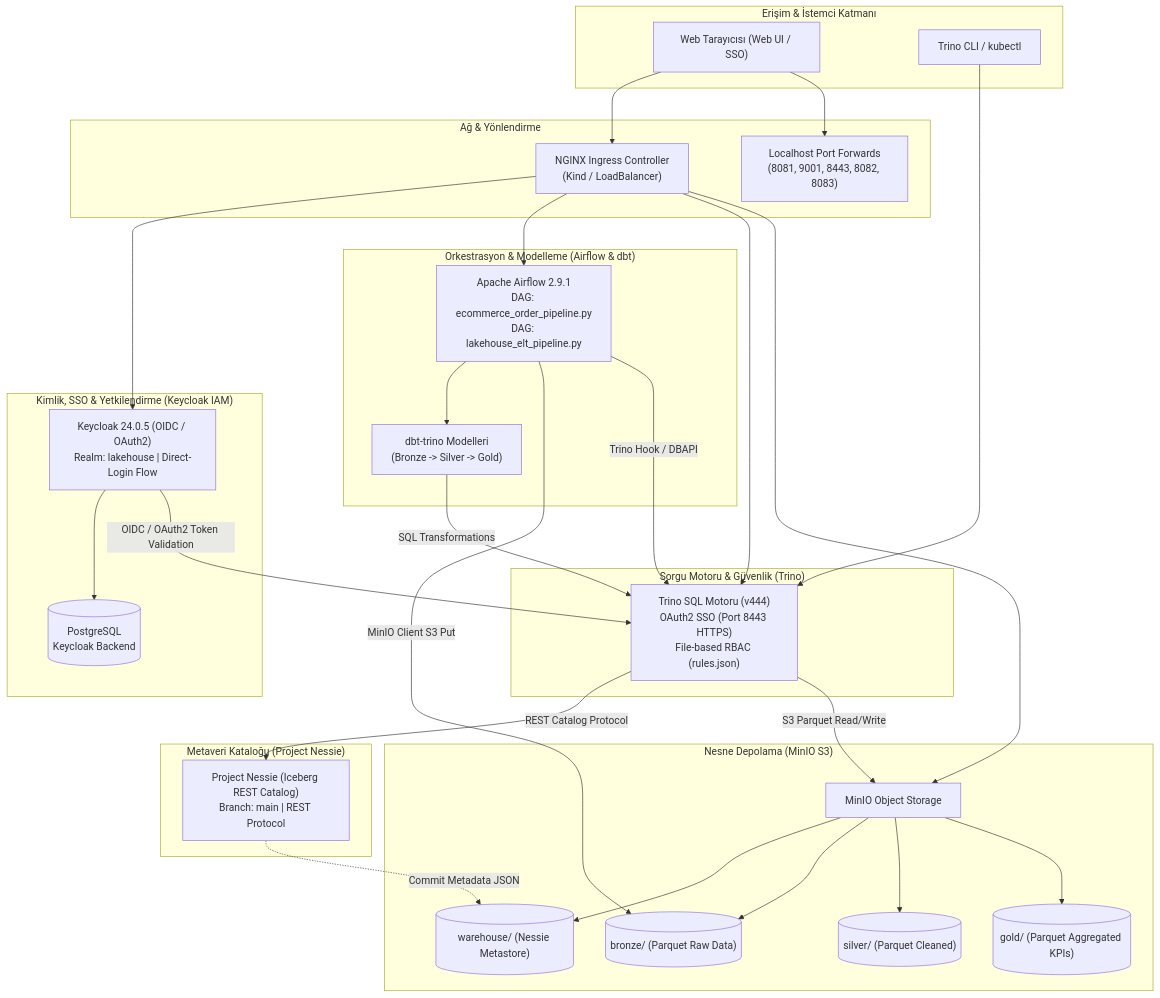
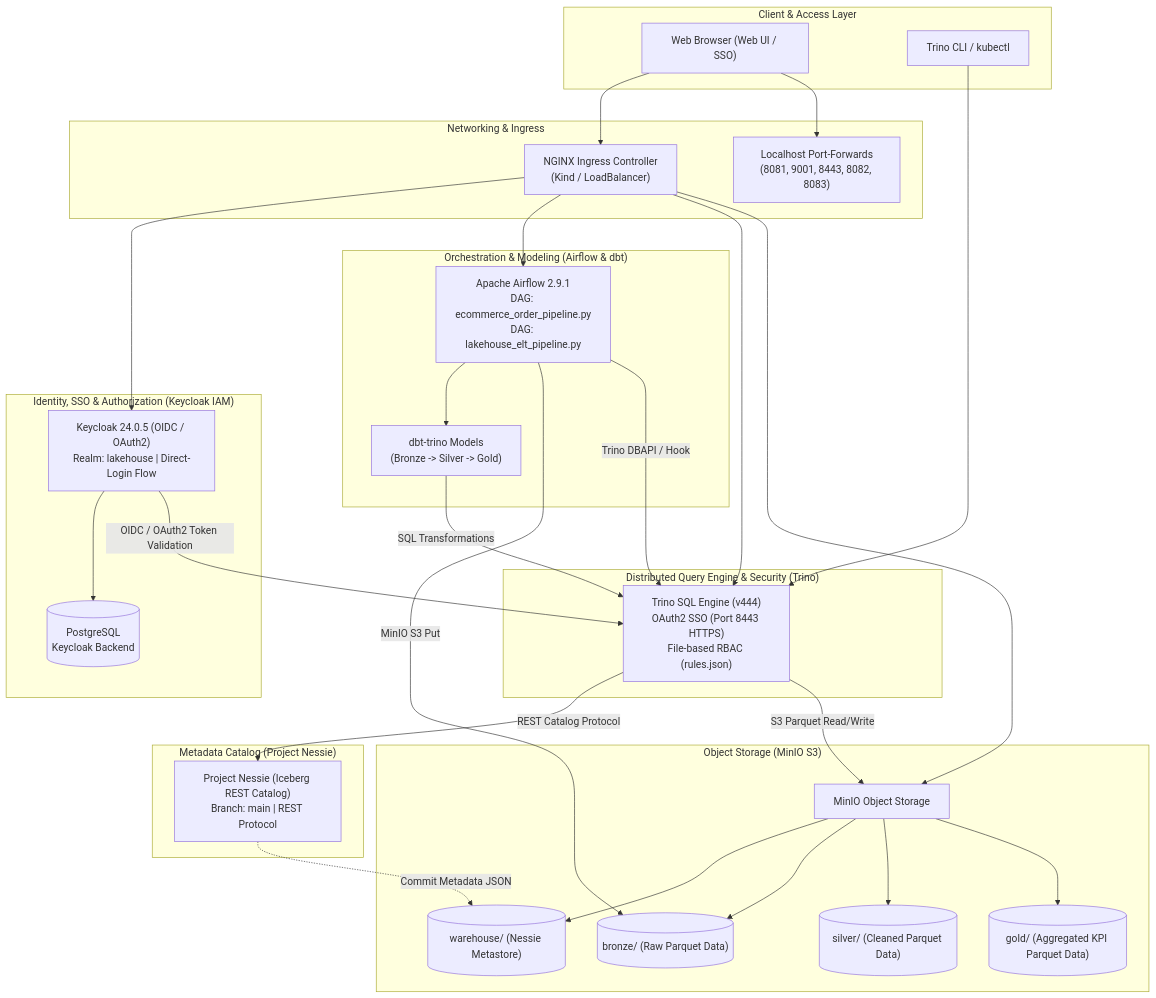
One commit to tuncayyaylali/lakehouse changed the diagram in README.md. Above: the diagram before and after it, drawn with Mermaid. The commit also changed other lines of this file and 3 other files, not shown here.

````diff
--- a/README.md
+++ b/README.md
@@ -9,62 +9,62 @@
 ```mermaid
 flowchart TD
-    subgraph ClientLayer ["Erişim & İstemci Katmanı"]
-        Browser["Web Tarayıcısı (Web UI / SSO)"]
+    subgraph ClientLayer ["Client & Access Layer"]
+        Browser["Web Browser (Web UI / SSO)"]
         CLI["Trino CLI / kubectl"]
     end
 
-    subgraph Security ["Kimlik, SSO & Yetkilendirme (Keycloak IAM)"]
+    subgraph Security ["Identity, SSO & Authorization (Keycloak IAM)"]
         Keycloak["Keycloak 24.0.5 (OIDC / OAuth2)\nRealm: lakehouse | Direct-Login Flow"]
         PGKeycloak[("PostgreSQL\nKeycloak Backend")]
         Keycloak --> PGKeycloak
     end
 
-    subgraph IngressLayer ["Ağ & Yönlendirme"]
+    subgraph IngressLayer ["Networking & Ingress"]
         IngressNginx["NGINX Ingress Controller\n(Kind / LoadBalancer)"]
-        PortForward["Localhost Port Forwards\n(8081, 9001, 8443, 8082, 8083)"]
+        PortForward["Localhost Port-Forwards\n(8081, 9001, 8443, 8082, 8083)"]
     end
 
-    subgraph Orchestration ["Orkestrasyon & Modelleme (Airflow & dbt)"]
+    subgraph Orchestration ["Orchestration & Modeling (Airflow & dbt)"]
         Airflow["Apache Airflow 2.9.1\nDAG: ecommerce_order_pipeline.py\nDAG: lakehouse_elt_pipeline.py"]
-        DBT["dbt-trino Modelleri\n(Bronze -> Silver -> Gold)"]
+        DBT["dbt-trino Models\n(Bronze -> Silver -> Gold)"]
         Airflow --> DBT
     end
 
-    subgraph Engine ["Sorgu Motoru & Güvenlik (Trino)"]
-        Trino["Trino SQL Motoru (v444)\nOAuth2 SSO (Port 8443 HTTPS)\nFile-based RBAC (rules.json)"]
+    subgraph Engine ["Distributed Query Engine & Security (Trino)"]
+        Trino["Trino SQL Engine (v444)\nOAuth2 SSO (Port 8443 HTTPS)\nFile-based RBAC (rules.json)"]
     end
 
-    subgraph Catalog ["Metaveri Kataloğu (Project Nessie)"]
+    subgraph Catalog ["Metadata Catalog (Project Nessie)"]
         Nessie["Project Nessie (Iceberg REST Catalog)\nBranch: main | REST Protocol"]
     end
 
-    subgraph Storage ["Nesne Depolama (MinIO S3)"]
+    subgraph Storage ["Object Storage (MinIO S3)"]
         MinIO["MinIO Object Storage"]
         WarehouseBucket[("warehouse/ (Nessie Metastore)")]
-        BronzeBucket[("bronze/ (Parquet Raw Data)")]
-        SilverBucket[("silver/ (Parquet Cleaned)")]
-        GoldBucket[("gold/ (Parquet Aggregated KPIs)")]
+        BronzeBucket[("bronze/ (Raw Parquet Data)")]
+        SilverBucket[("silver/ (Cleaned Parquet Data)")]
+        GoldBucket[("gold/ (Aggregated KPI Parquet Data)")]
         MinIO --> WarehouseBucket
         MinIO --> BronzeBucket
         MinIO --> SilverBucket
         MinIO --> GoldBucket
     end
 
     Browser --> IngressNginx
     Browser --> PortForward
     CLI --> Trino
 
     IngressNginx --> Keycloak
     IngressNginx --> Airflow
     IngressNginx --> Trino
     IngressNginx --> MinIO
 
-    Airflow -->|MinIO Client S3 Put| BronzeBucket
-    Airflow -->|Trino Hook / DBAPI| Trino
+    Airflow -->|MinIO S3 Put| BronzeBucket
+    Airflow -->|Trino DBAPI / Hook| Trino
     DBT -->|SQL Transformations| Trino
 
     Trino -->|REST Catalog Protocol| Nessie
     Trino -->|S3 Parquet Read/Write| MinIO
     Nessie -.->|Commit Metadata JSON| WarehouseBucket
     Keycloak -->|OIDC / OAuth2 Token Validation| Trino
 ```
````
